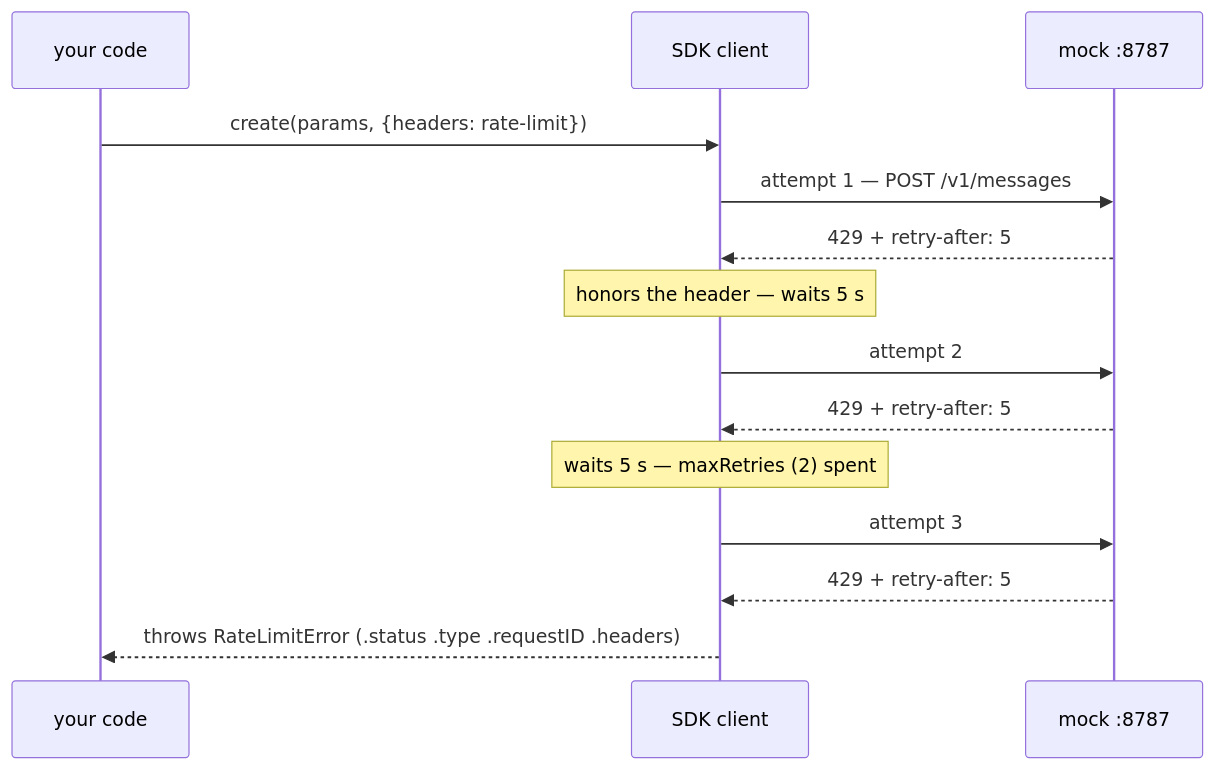
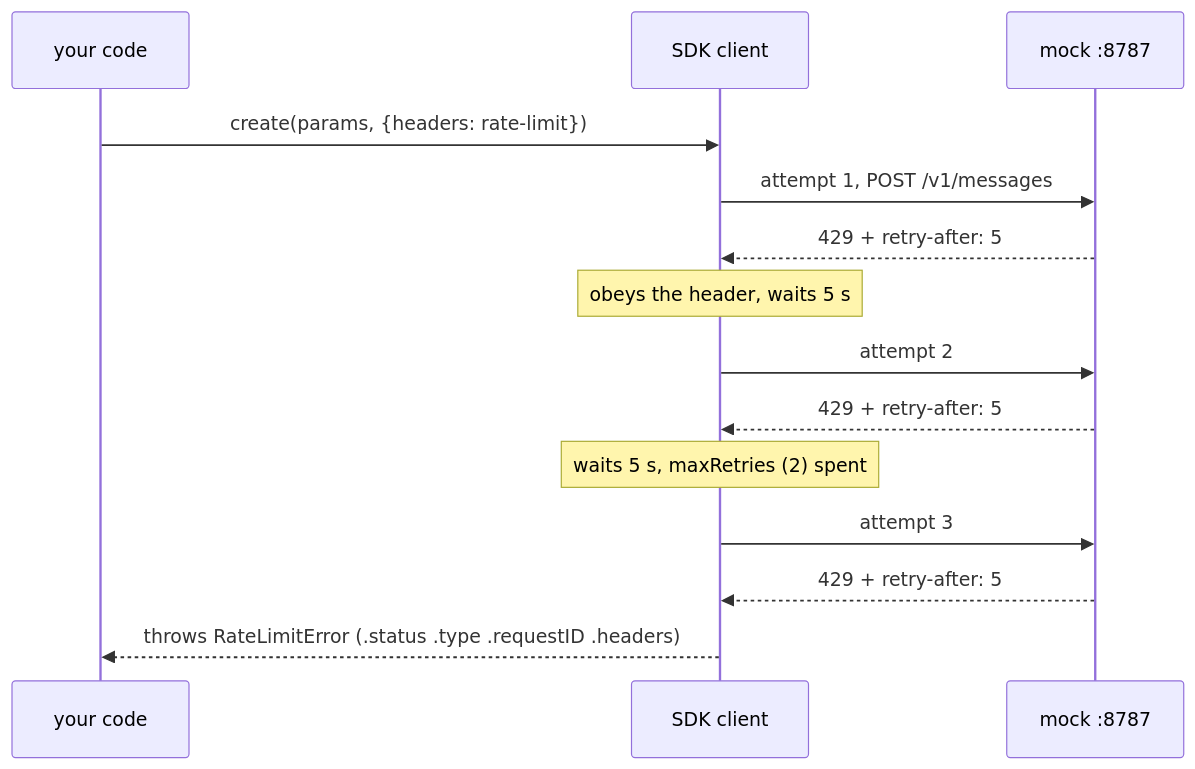
The second of 2 diagrams in wiki/lessons/lesson-0003-the-sdk-absorbs-the-six.md (JozsefKiss90/TS), drawn with Mermaid before and after one commit. The commit also changed other lines of this file and 49 other files, not shown here.

````diff
--- a/wiki/lessons/lesson-0003-the-sdk-absorbs-the-six.md
+++ b/wiki/lessons/lesson-0003-the-sdk-absorbs-the-six.md
@@ -37,16 +46,16 @@
 ```mermaid
 sequenceDiagram
     participant C as your code
     participant S as SDK client
     participant M as mock :8787
     C->>S: create(params, {headers: rate-limit})
-    S->>M: attempt 1 — POST /v1/messages
+    S->>M: attempt 1, POST /v1/messages
     M-->>S: 429 + retry-after: 5
-    Note over S: honors the header — waits 5 s
+    Note over S: obeys the header, waits 5 s
     S->>M: attempt 2
     M-->>S: 429 + retry-after: 5
-    Note over S: waits 5 s — maxRetries (2) spent
+    Note over S: waits 5 s, maxRetries (2) spent
     S->>M: attempt 3
     M-->>S: 429 + retry-after: 5
     S-->>C: throws RateLimitError (.status .type .requestID .headers)
 ```
````
